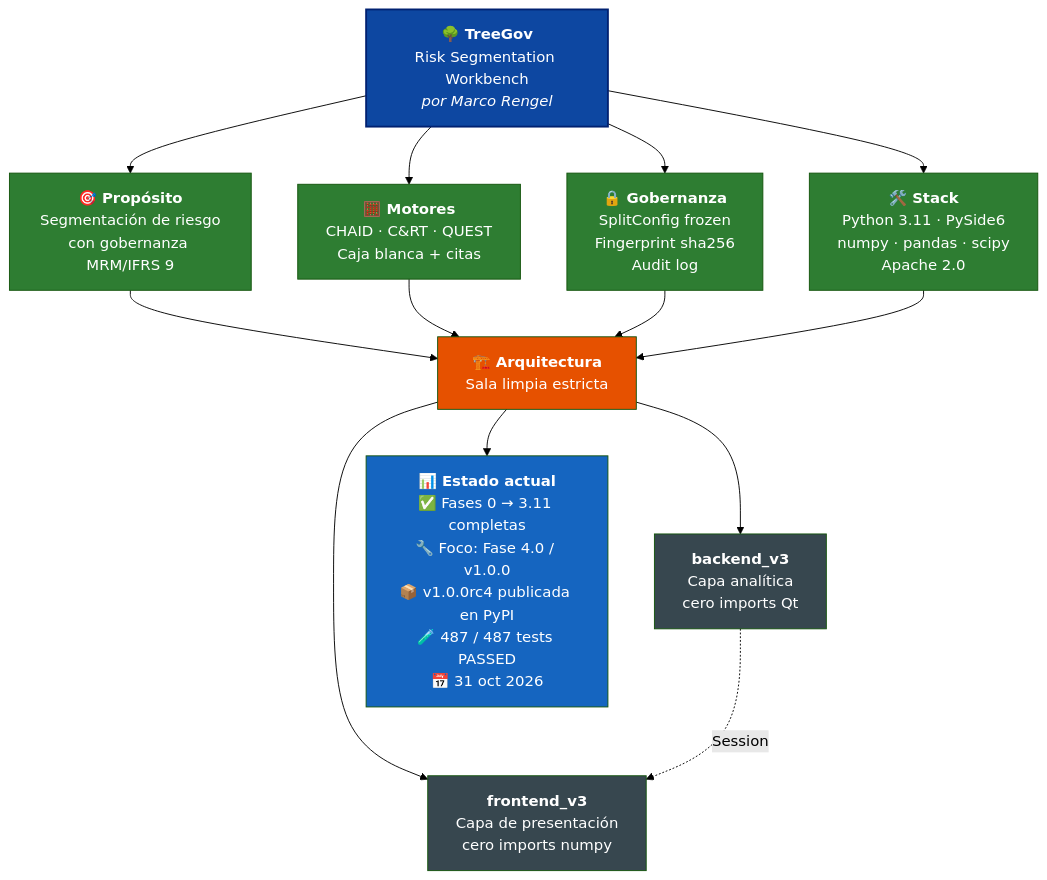
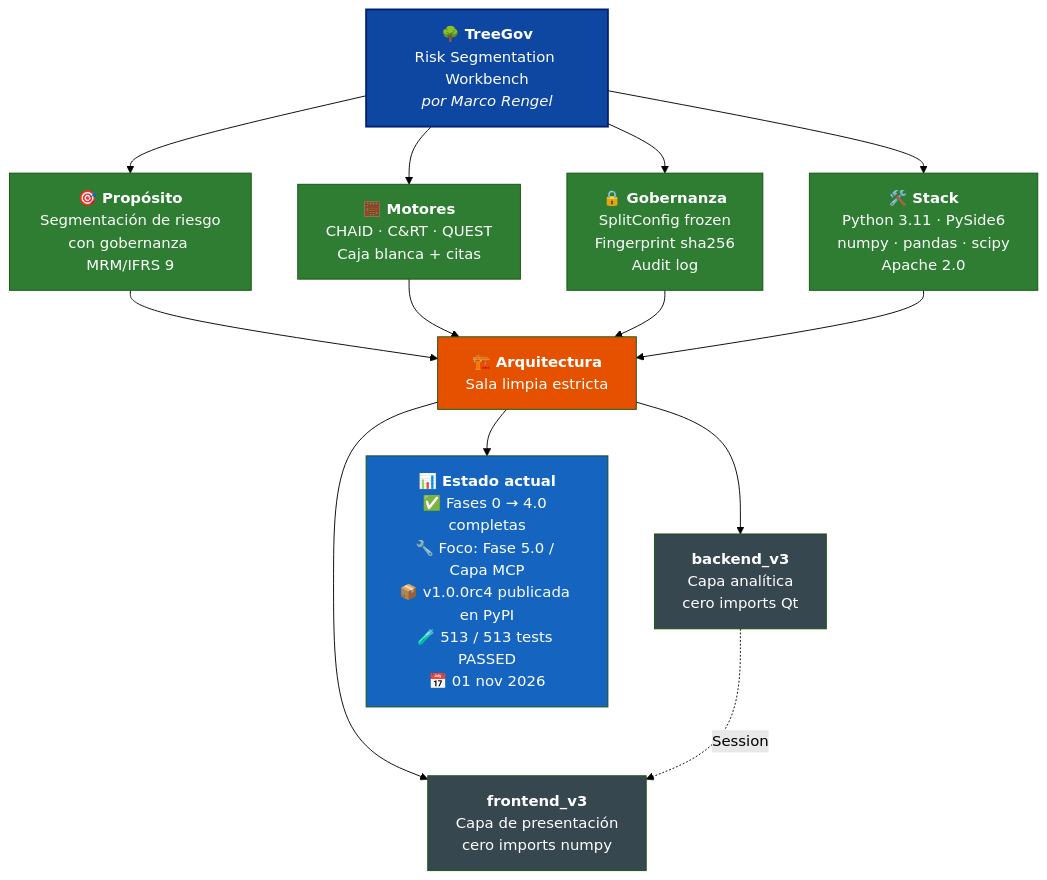
One commit to Marco-Rengel/treegov changed the diagram in README.es.md. Above: the diagram before and after it, drawn with Mermaid (forest theme). The commit also changed 13 other files, not shown here.

````diff
--- a/README.es.md
+++ b/README.es.md
@@ -38,31 +38,31 @@
 ```mermaid
 flowchart TB
     TG["<b>🌳 TreeGov</b><br/>Risk Segmentation Workbench<br/><i>por Marco Rengel</i>"]
 
     TG --> P["<b>🎯 Propósito</b><br/>Segmentación de riesgo<br/>con gobernanza MRM/IFRS 9"]
     TG --> M["<b>🧮 Motores</b><br/>CHAID · C&RT · QUEST<br/>Caja blanca + citas"]
     TG --> G["<b>🔒 Gobernanza</b><br/>SplitConfig frozen<br/>Fingerprint sha256<br/>Audit log"]
     TG --> S["<b>🛠️ Stack</b><br/>Python 3.11 · PySide6<br/>numpy · pandas · scipy<br/>Apache 2.0"]
 
     P --> ARQ["<b>🏗️ Arquitectura</b><br/>Sala limpia estricta"]
     M --> ARQ
     G --> ARQ
     S --> ARQ
 
     ARQ --> BE["<b>backend_v3</b><br/>Capa analítica<br/>cero imports Qt"]
     ARQ --> FE["<b>frontend_v3</b><br/>Capa de presentación<br/>cero imports numpy"]
 
     BE -.->|Session| FE
 
-    ARQ --> ST["<b>📊 Estado actual</b><br/>✅ Fases 0 → 3.11 completas<br/>🔧 Foco: Fase 4.0 / v1.0.0<br/>📦 v1.0.0rc4 publicada en PyPI<br/>🧪 487 / 487 tests PASSED<br/>📅 31 oct 2026"]
+    ARQ --> ST["<b>📊 Estado actual</b><br/>✅ Fases 0 → 4.0 completas<br/>🔧 Foco: Fase 5.0 / Capa MCP<br/>📦 v1.0.0rc4 publicada en PyPI<br/>🧪 513 / 513 tests PASSED<br/>📅 01 nov 2026"]
 
     style TG fill:#0D47A1,color:#fff,stroke:#002171,stroke-width:2px
     style P fill:#2E7D32,color:#fff
     style M fill:#2E7D32,color:#fff
     style G fill:#2E7D32,color:#fff
     style S fill:#2E7D32,color:#fff
     style ARQ fill:#E65100,color:#fff
     style BE fill:#37474F,color:#fff
     style FE fill:#37474F,color:#fff
     style ST fill:#1565C0,color:#fff
 ```
````
